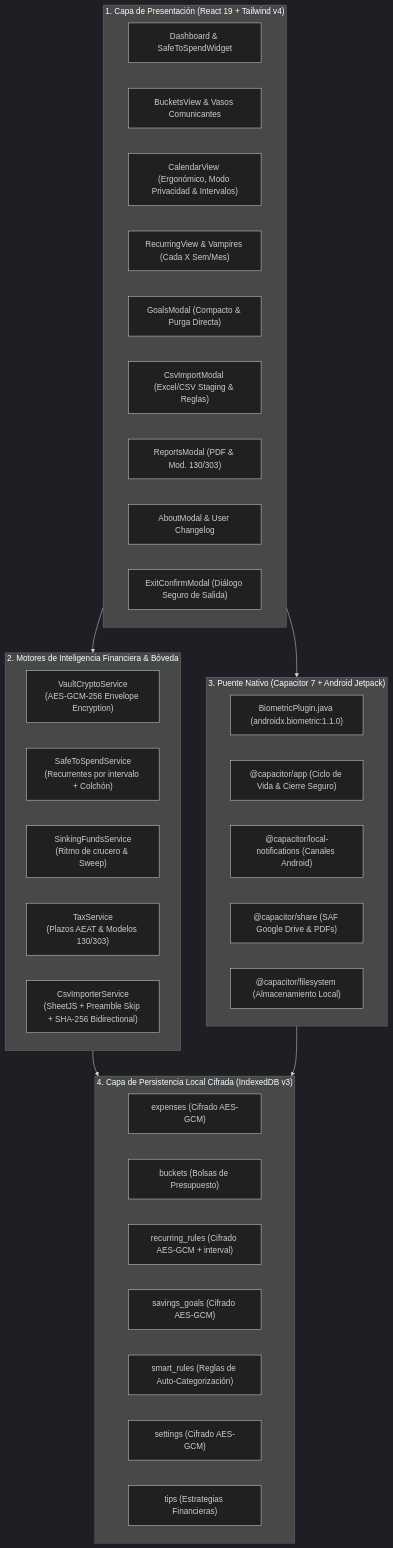
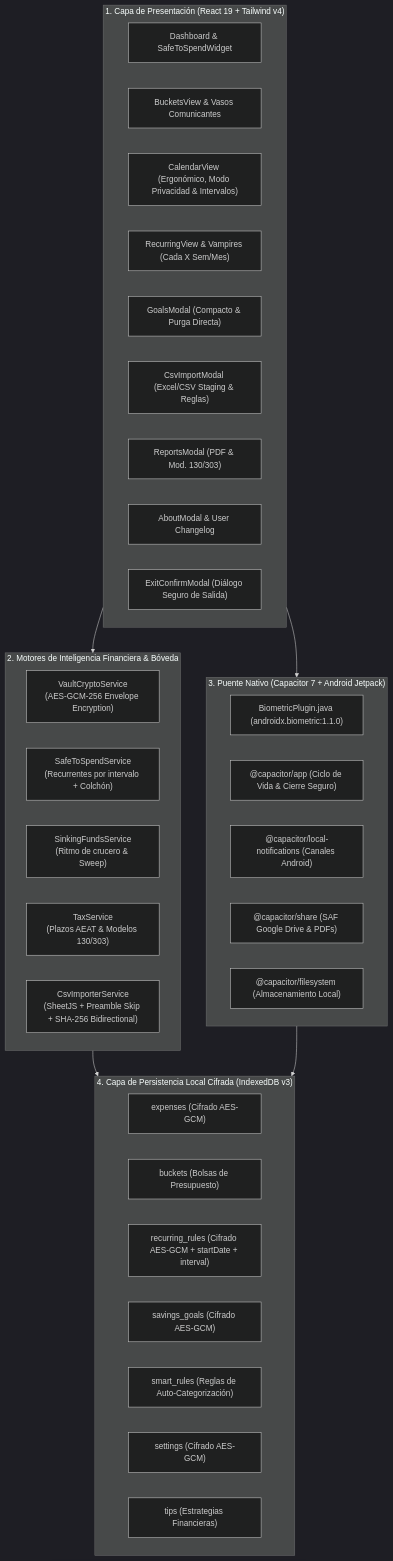
The diagram in docs/ARCHITECTURE.md (DavidLopezGarci4/CronoCash), drawn with Mermaid (dark theme) before and after one commit. The commit also changed other lines of this file and 13 other files, not shown here.

````diff
--- a/docs/ARCHITECTURE.md
+++ b/docs/ARCHITECTURE.md
@@ -26,45 +26,45 @@
 ```mermaid
 flowchart TD
     subgraph UI_LAYER["1. Capa de Presentación (React 19 + Tailwind v4)"]
         DASH["Dashboard & SafeToSpendWidget"]
         BUCKETS["BucketsView & Vasos Comunicantes"]
         CAL["CalendarView (Ergonómico, Modo Privacidad & Intervalos)"]
         REC["RecurringView & Vampires (Cada X Sem/Mes)"]
         GOALS["GoalsModal (Compacto & Purga Directa)"]
         IMP["CsvImportModal (Excel/CSV Staging & Reglas)"]
         REP["ReportsModal (PDF & Mod. 130/303)"]
         ABOUT["AboutModal & User Changelog"]
         EXIT["ExitConfirmModal (Diálogo Seguro de Salida)"]
     end
 
     subgraph ENGINE_LAYER["2. Motores de Inteligencia Financiera & Bóveda"]
         VAULT["VaultCryptoService<br/>(AES-GCM-256 Envelope Encryption)"]
         S2S["SafeToSpendService<br/>(Recurrentes por intervalo + Colchón)"]
         SINK["SinkingFundsService<br/>(Ritmo de crucero & Sweep)"]
         TAX["TaxService<br/>(Plazos AEAT & Modelos 130/303)"]
         CSV_ENG["CsvImporterService<br/>(SheetJS + Preamble Skip + SHA-256 Bidirectional)"]
     end
 
     subgraph BRIDGE_LAYER["3. Puente Nativo (Capacitor 7 + Android Jetpack)"]
         BIO_P["BiometricPlugin.java (androidx.biometric:1.1.0)"]
         CAP_APP["@capacitor/app (Ciclo de Vida & Cierre Seguro)"]
         NOTIF["@capacitor/local-notifications (Canales Android)"]
         SHARE["@capacitor/share (SAF Google Drive & PDFs)"]
         FILESYSTEM["@capacitor/filesystem (Almacenamiento Local)"]
     end
 
     subgraph DATA_LAYER["4. Capa de Persistencia Local Cifrada (IndexedDB v3)"]
         IDB_EXP["expenses (Cifrado AES-GCM)"]
         IDB_BUC["buckets (Bolsas de Presupuesto)"]
-        IDB_REC["recurring_rules (Cifrado AES-GCM + interval)"]
+        IDB_REC["recurring_rules (Cifrado AES-GCM + startDate + interval)"]
         IDB_GOAL["savings_goals (Cifrado AES-GCM)"]
         IDB_RULE["smart_rules (Reglas de Auto-Categorización)"]
         IDB_SET["settings (Cifrado AES-GCM)"]
         IDB_TIP["tips (Estrategias Financieras)"]
     end
 
     UI_LAYER --> ENGINE_LAYER
     UI_LAYER --> BRIDGE_LAYER
     ENGINE_LAYER --> DATA_LAYER
     BRIDGE_LAYER --> DATA_LAYER
 ```
````
